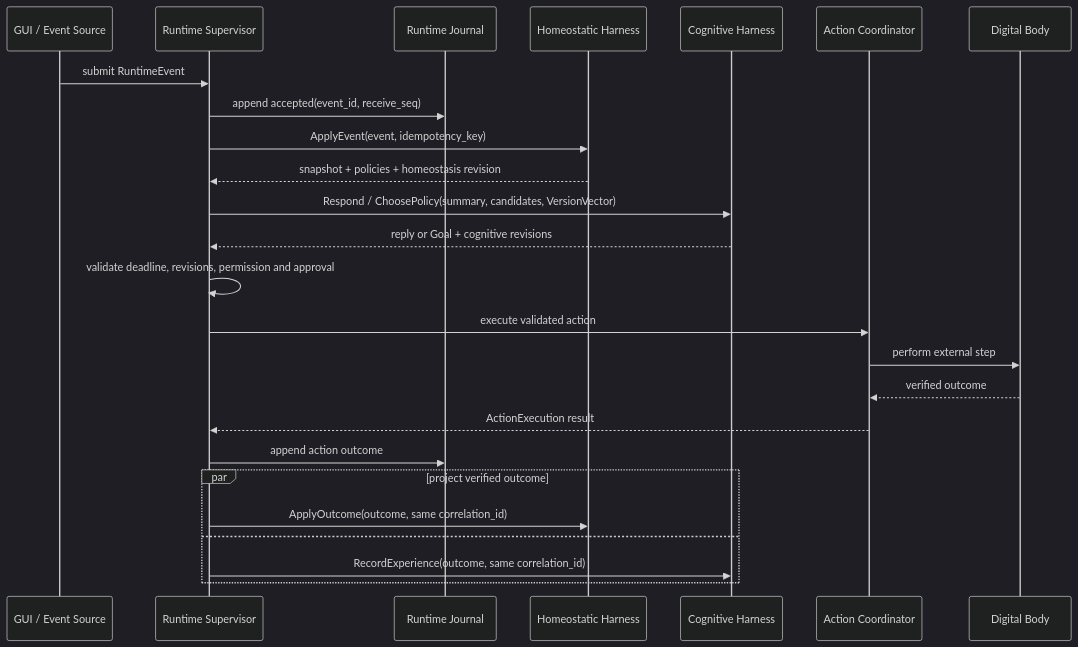
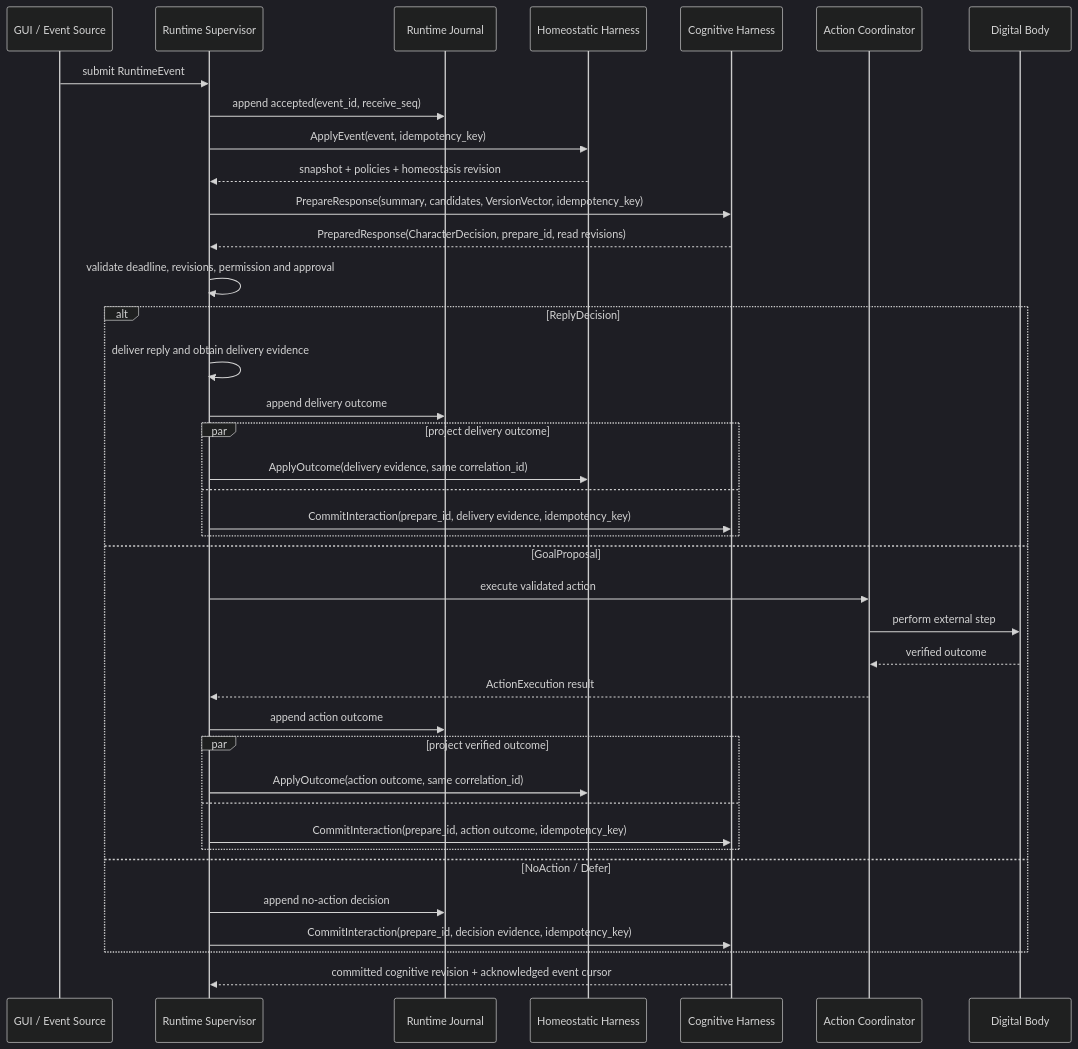
Before and after one commit to QiuYuAkiGO/NeuralCloud: the second of 5 diagrams in docs/harness/08-runtime-supervisor.md, drawn with Mermaid (dark theme). The commit also changed other lines of this file and 63 other files, not shown here.

````diff
--- a/docs/harness/08-runtime-supervisor.md
+++ b/docs/harness/08-runtime-supervisor.md
@@ -196,28 +208,42 @@
 ```mermaid
 sequenceDiagram
     participant U as GUI / Event Source
     participant R as Runtime Supervisor
     participant J as Runtime Journal
     participant H as Homeostatic Harness
     participant C as Cognitive Harness
     participant A as Action Coordinator
     participant B as Digital Body
 
     U->>R: submit RuntimeEvent
     R->>J: append accepted(event_id, receive_seq)
     R->>H: ApplyEvent(event, idempotency_key)
     H-->>R: snapshot + policies + homeostasis revision
-    R->>C: Respond / ChoosePolicy(summary, candidates, VersionVector)
-    C-->>R: reply or Goal + cognitive revisions
+    R->>C: PrepareResponse(summary, candidates, VersionVector, idempotency_key)
+    C-->>R: PreparedResponse(CharacterDecision, prepare_id, read revisions)
     R->>R: validate deadline, revisions, permission and approval
-    R->>A: execute validated action
-    A->>B: perform external step
-    B-->>A: verified outcome
-    A-->>R: ActionExecution result
-    R->>J: append action outcome
-    par project verified outcome
-        R->>H: ApplyOutcome(outcome, same correlation_id)
-    and
-        R->>C: RecordExperience(outcome, same correlation_id)
+    alt ReplyDecision
+        R->>R: deliver reply and obtain delivery evidence
+        R->>J: append delivery outcome
+        par project delivery outcome
+            R->>H: ApplyOutcome(delivery evidence, same correlation_id)
+        and
+            R->>C: CommitInteraction(prepare_id, delivery evidence, idempotency_key)
+        end
+    else GoalProposal
+        R->>A: execute validated action
+        A->>B: perform external step
+        B-->>A: verified outcome
+        A-->>R: ActionExecution result
+        R->>J: append action outcome
+        par project verified outcome
+            R->>H: ApplyOutcome(action outcome, same correlation_id)
+        and
+            R->>C: CommitInteraction(prepare_id, action outcome, idempotency_key)
+        end
+    else NoAction / Defer
+        R->>J: append no-action decision
+        R->>C: CommitInteraction(prepare_id, decision evidence, idempotency_key)
     end
+    C-->>R: committed cognitive revision + acknowledged event cursor
 ```
````
